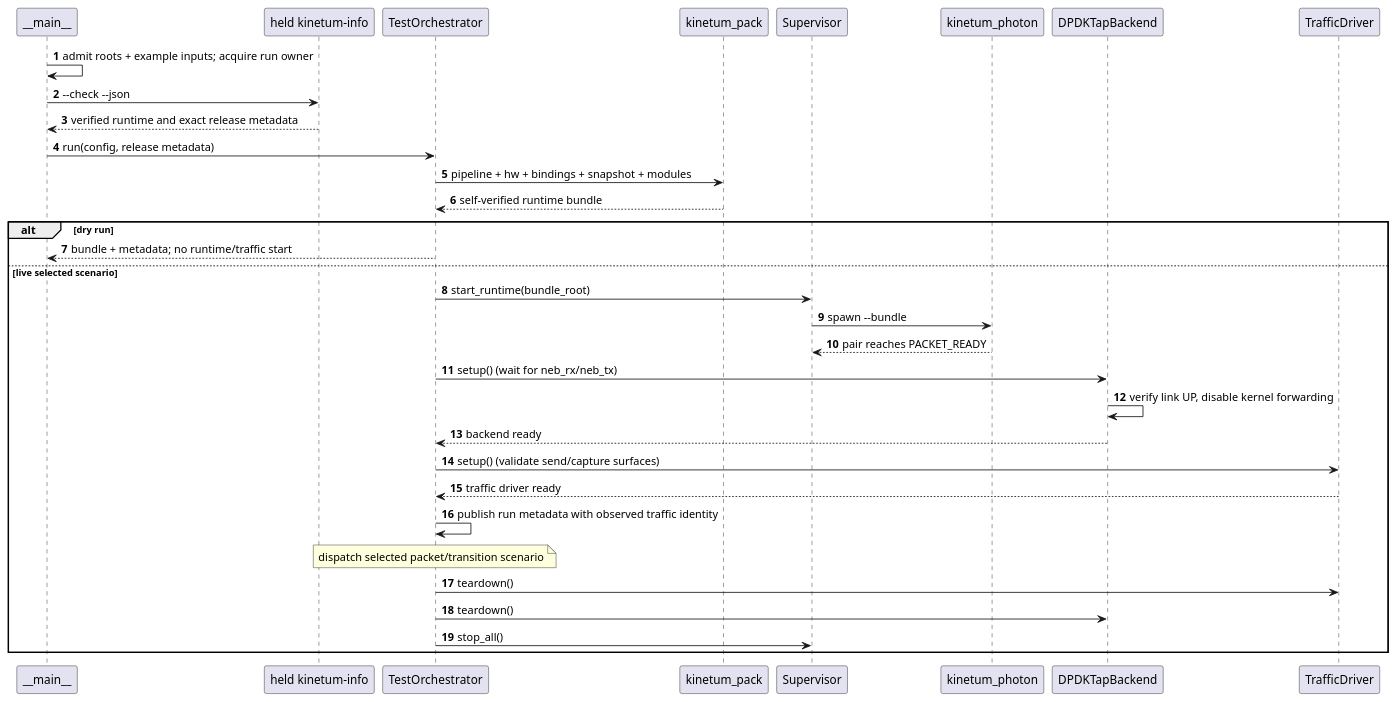
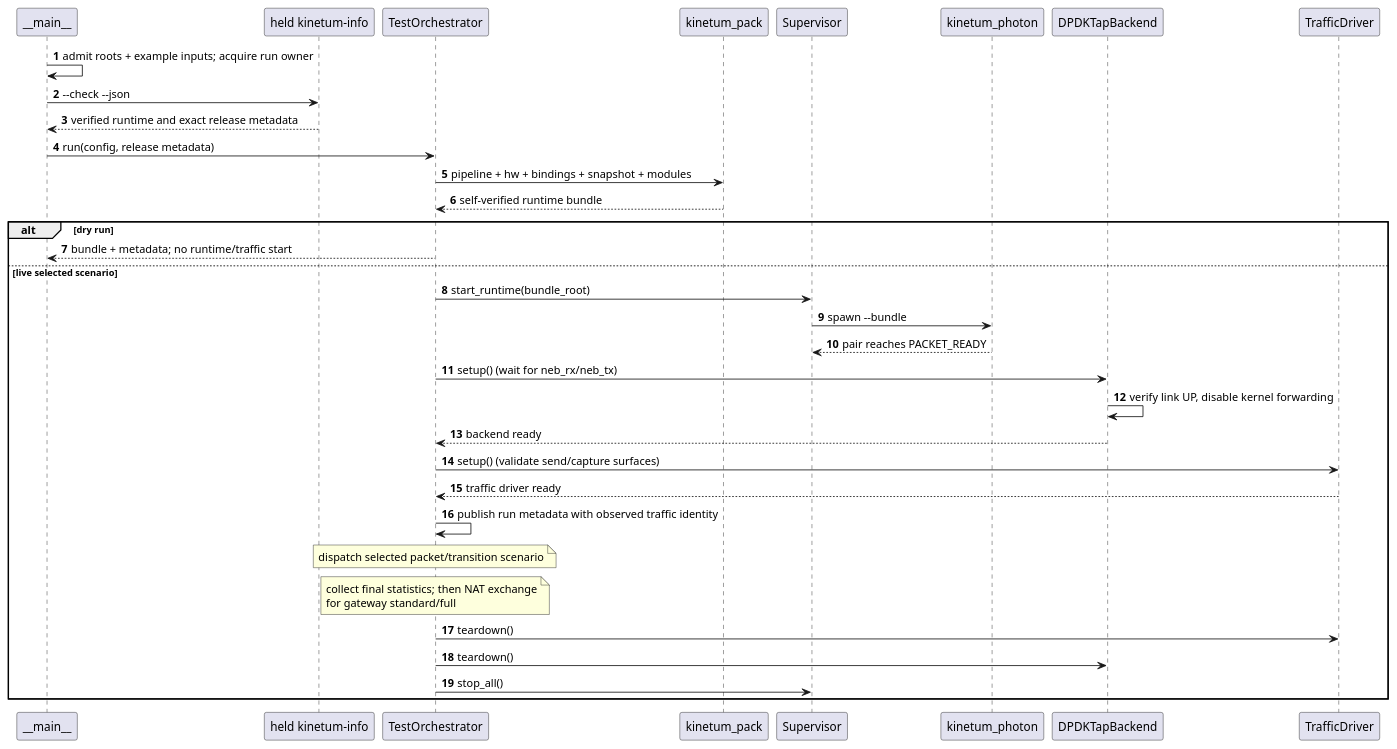
One commit to flemingpatel/kinetum changed the second of 3 diagrams in docs/VALIDATION_GUIDE.md. Above: the diagram before and after it, drawn with PlantUML. The commit also changed other lines of this file and 46 other files, not shown here.

Commit message:
fix known QoS metering, flow isolation, and drop accounting

````diff
--- a/docs/VALIDATION_GUIDE.md
+++ b/docs/VALIDATION_GUIDE.md
@@ -473,37 +410,38 @@
 ```{uml}
 @startuml
     autonumber
     participant "~__main~__" as CLI
     participant "held kinetum-info" as Info
     participant "TestOrchestrator" as Orc
     participant "kinetum_pack" as PK
     participant "Supervisor" as Sup
     participant "kinetum_photon" as PH
     participant "DPDKTapBackend" as Bck
     participant "TrafficDriver" as Trf
 
     CLI->CLI: admit roots + example inputs; acquire run owner
     CLI->Info: ~--check ~--json
     Info-->CLI: verified runtime and exact release metadata
     CLI->Orc: run(config, release metadata)
     Orc->PK: pipeline + hw + bindings + snapshot + modules
     PK-->Orc: self-verified runtime bundle
     alt dry run
         Orc-->CLI: bundle + metadata; no runtime/traffic start
     else live selected scenario
         Orc->Sup: start_runtime(bundle_root)
         Sup->PH: spawn ~--bundle
         PH-->Sup: pair reaches PACKET_READY
         Orc->Bck: setup() (wait for neb_rx/neb_tx)
         Bck->Bck: verify link UP, disable kernel forwarding
         Bck-->Orc: backend ready
         Orc->Trf: setup() (validate send/capture surfaces)
         Trf-->Orc: traffic driver ready
         Orc->Orc: publish run metadata with observed traffic identity
         note over Orc: dispatch selected packet/transition scenario
+        note over Orc: collect final statistics; then NAT exchange\nfor gateway standard/full
         Orc->Trf: teardown()
         Orc->Bck: teardown()
         Orc->Sup: stop_all()
     end
 @enduml
 ```
````
